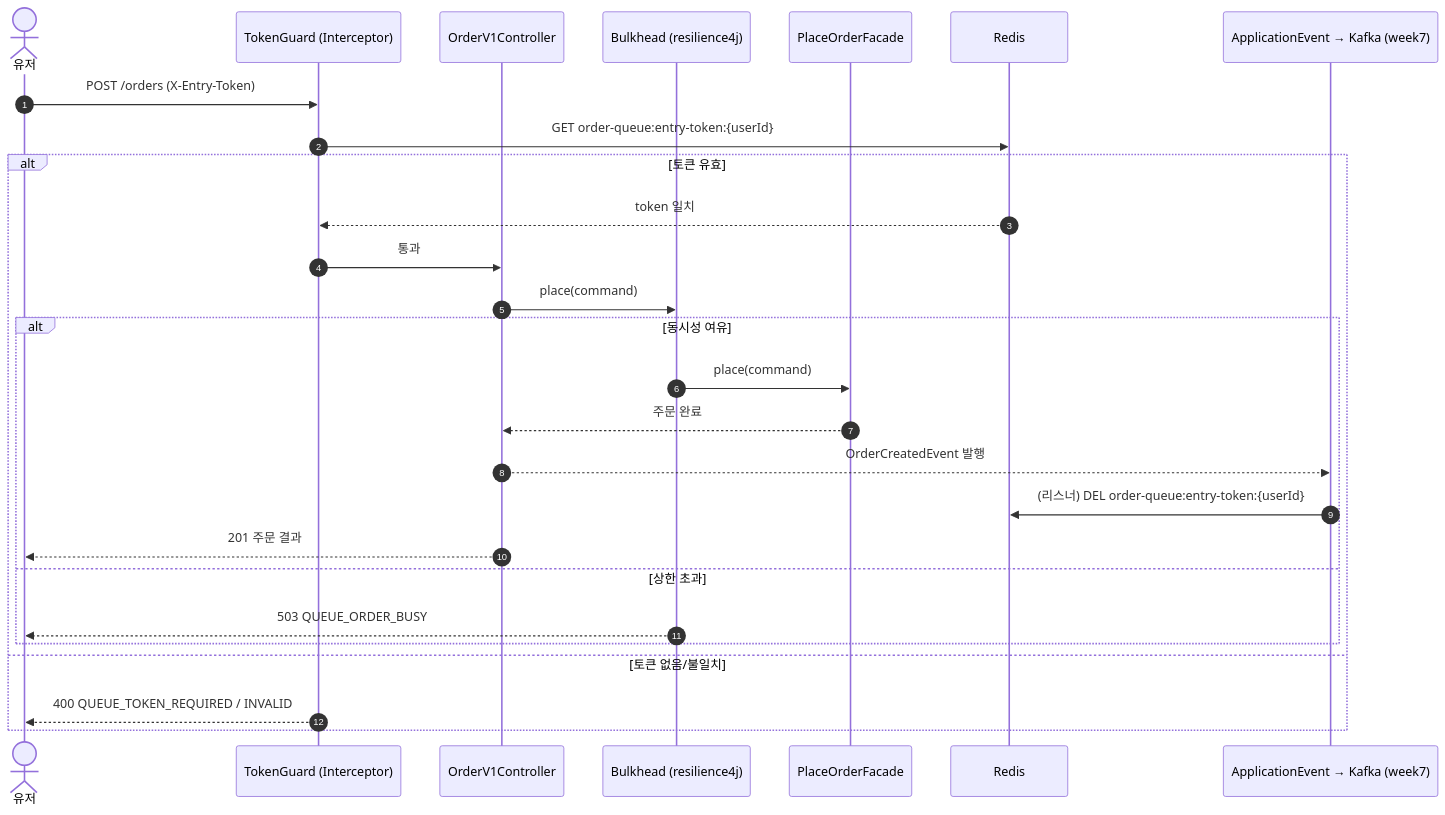
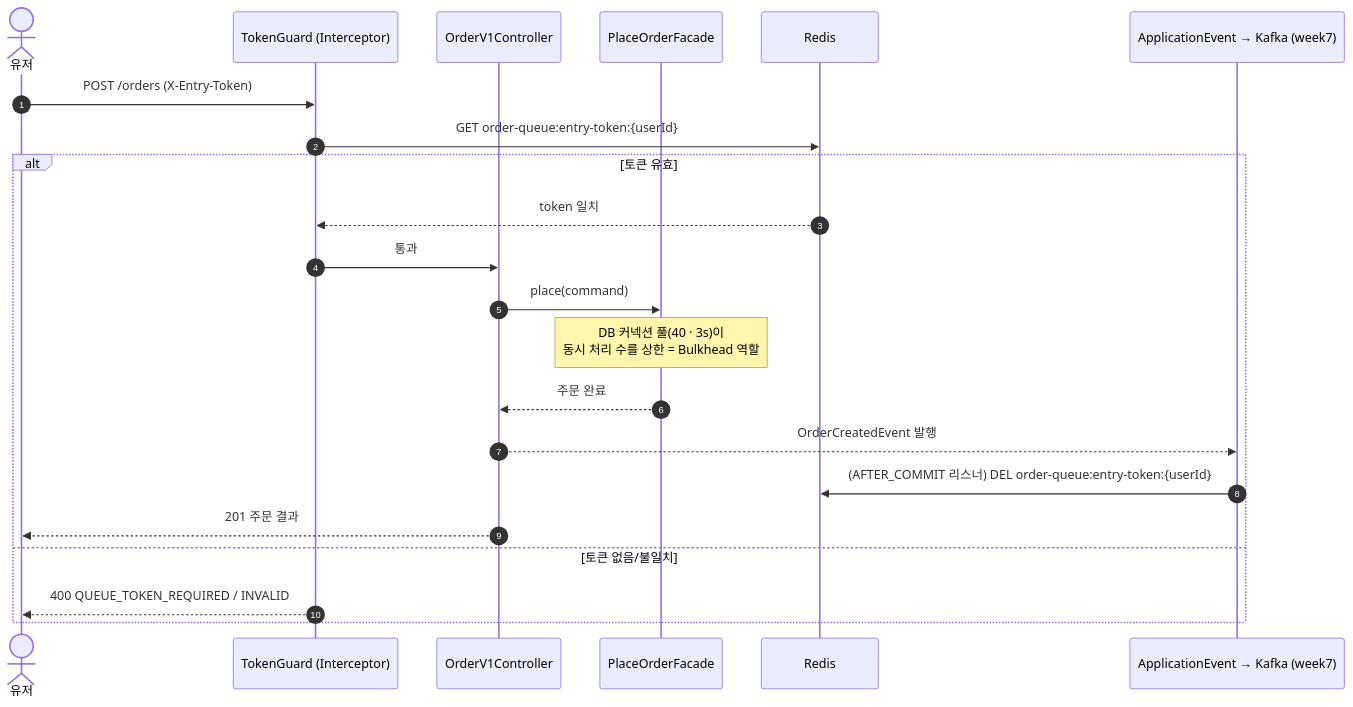
One commit to loopers-labs/loop-pack-be-l2-vol4-java changed the third of 3 diagrams in docs/week8/02-sequence-diagrams.md. Above: the diagram before and after it, drawn with Mermaid. The commit also changed other lines of this file and 4 other files, not shown here.

Commit message:
docs(queue): 폴링 확정(SSE 드롭)·동시성 상한을 커넥션 풀(40·3s)로 일원화

````diff
--- a/docs/week8/02-sequence-diagrams.md
+++ b/docs/week8/02-sequence-diagrams.md
@@ -72,30 +72,25 @@
 ```mermaid
 sequenceDiagram
     autonumber
     actor U as 유저
     participant I as TokenGuard (Interceptor)
     participant C as OrderV1Controller
-    participant B as Bulkhead (resilience4j)
     participant F as PlaceOrderFacade
     participant R as Redis
     participant E as ApplicationEvent → Kafka (week7)
 
     U->>I: POST /orders (X-Entry-Token)
     I->>R: GET order-queue:entry-token:{userId}
     alt 토큰 유효
         R-->>I: token 일치
         I->>C: 통과
-        C->>B: place(command)
-        alt 동시성 여유
-            B->>F: place(command)
-            F-->>C: 주문 완료
-            C-->>E: OrderCreatedEvent 발행
-            E->>R: (리스너) DEL order-queue:entry-token:{userId}
-            C-->>U: 201 주문 결과
-        else 상한 초과
-            B-->>U: 503 QUEUE_ORDER_BUSY
-        end
+        C->>F: place(command)
+        Note over F: DB 커넥션 풀(40 · 3s)이<br/>동시 처리 수를 상한 = Bulkhead 역할
+        F-->>C: 주문 완료
+        C-->>E: OrderCreatedEvent 발행
+        E->>R: (AFTER_COMMIT 리스너) DEL order-queue:entry-token:{userId}
+        C-->>U: 201 주문 결과
     else 토큰 없음/불일치
         I-->>U: 400 QUEUE_TOKEN_REQUIRED / INVALID
     end
 ```
````
